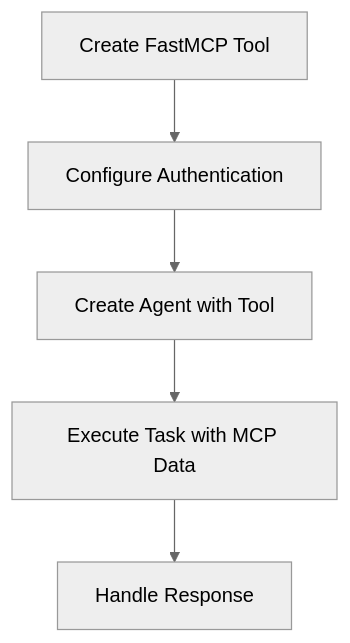
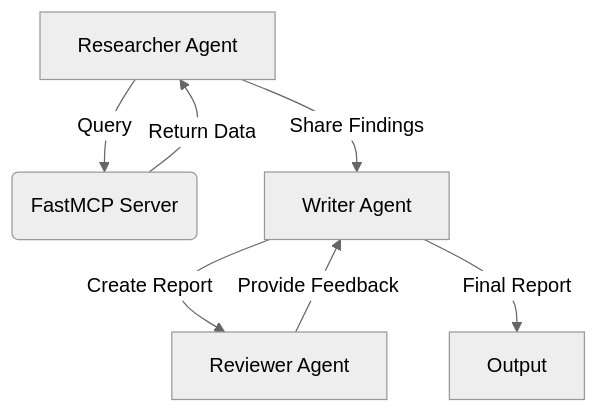
One commit to missarii/500-AI-Agents-Projects changed the diagram in crewai_mcp_course/README.md. Above: the diagram before and after it, drawn with Mermaid (neutral theme). The commit also changed other lines of this file, not shown here.

````diff
--- a/crewai_mcp_course/README.md
+++ b/crewai_mcp_course/README.md
@@ -30,7 +9,9 @@
 ```mermaid
 graph TD
-    A[Create FastMCP Tool] --> B[Configure Authentication]
-    B --> C[Create Agent with Tool]
-    C --> D[Execute Task with MCP Data]
-    D --> E[Handle Response]
+    A[Researcher Agent] -->|Query| B(FastMCP Server)
+    B -->|Return Data| A
+    A -->|Share Findings| C[Writer Agent]
+    C -->|Create Report| D[Reviewer Agent]
+    D -->|Provide Feedback| C
+    C -->|Final Report| E[Output]
 ```
````
